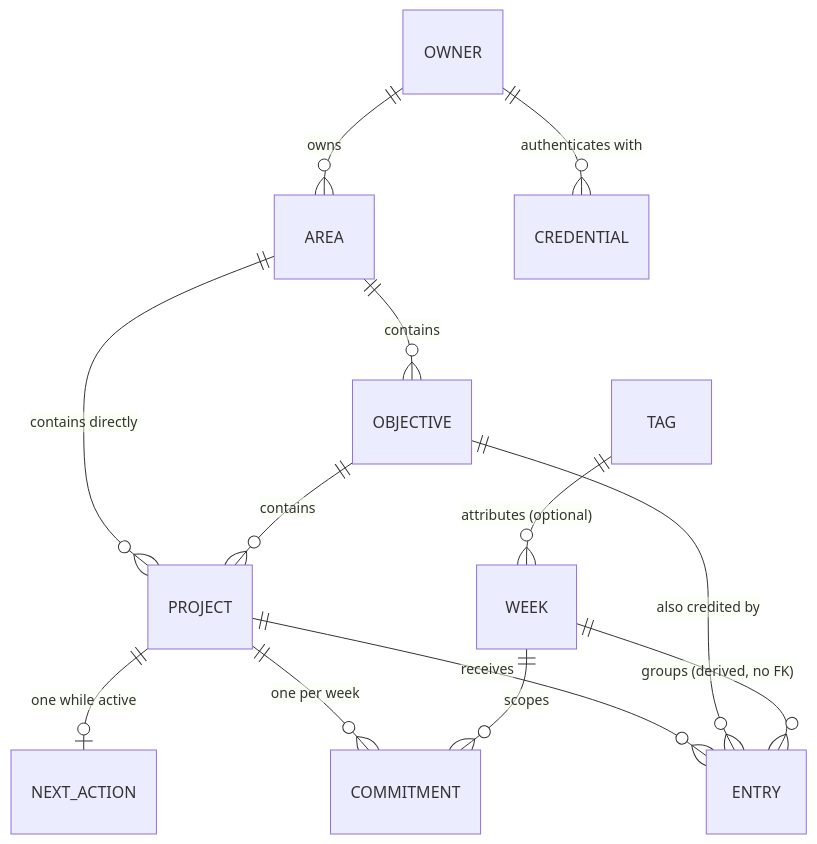
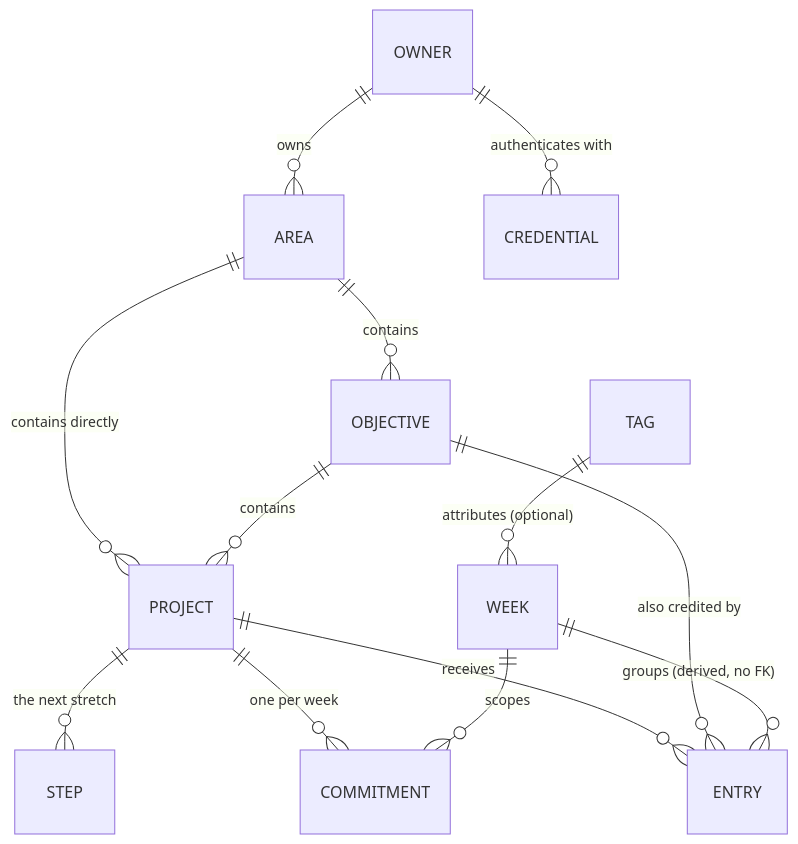
The first of 2 diagrams in docs/project/data-model.md (lionns/ritmo), drawn with Mermaid before and after one commit. The commit also changed other lines of this file and 56 other files, not shown here.

````diff
--- a/docs/project/data-model.md
+++ b/docs/project/data-model.md
@@ -10,15 +10,15 @@
 ```mermaid
 erDiagram
     OWNER     ||--o{ AREA        : owns
     OWNER     ||--o{ CREDENTIAL  : "authenticates with"
     AREA      ||--o{ OBJECTIVE   : contains
     AREA      ||--o{ PROJECT     : "contains directly"
     OBJECTIVE ||--o{ PROJECT     : contains
-    PROJECT   ||--o| NEXT_ACTION : "one while active"
+    PROJECT   ||--o{ STEP        : "the next stretch"
     PROJECT   ||--o{ COMMITMENT  : "one per week"
     PROJECT   ||--o{ ENTRY       : receives
     OBJECTIVE ||--o{ ENTRY       : "also credited by"
     WEEK      ||--o{ COMMITMENT  : scopes
     WEEK      ||--o{ ENTRY       : "groups (derived, no FK)"
     TAG       ||--o{ WEEK        : "attributes (optional)"
 ```
````
